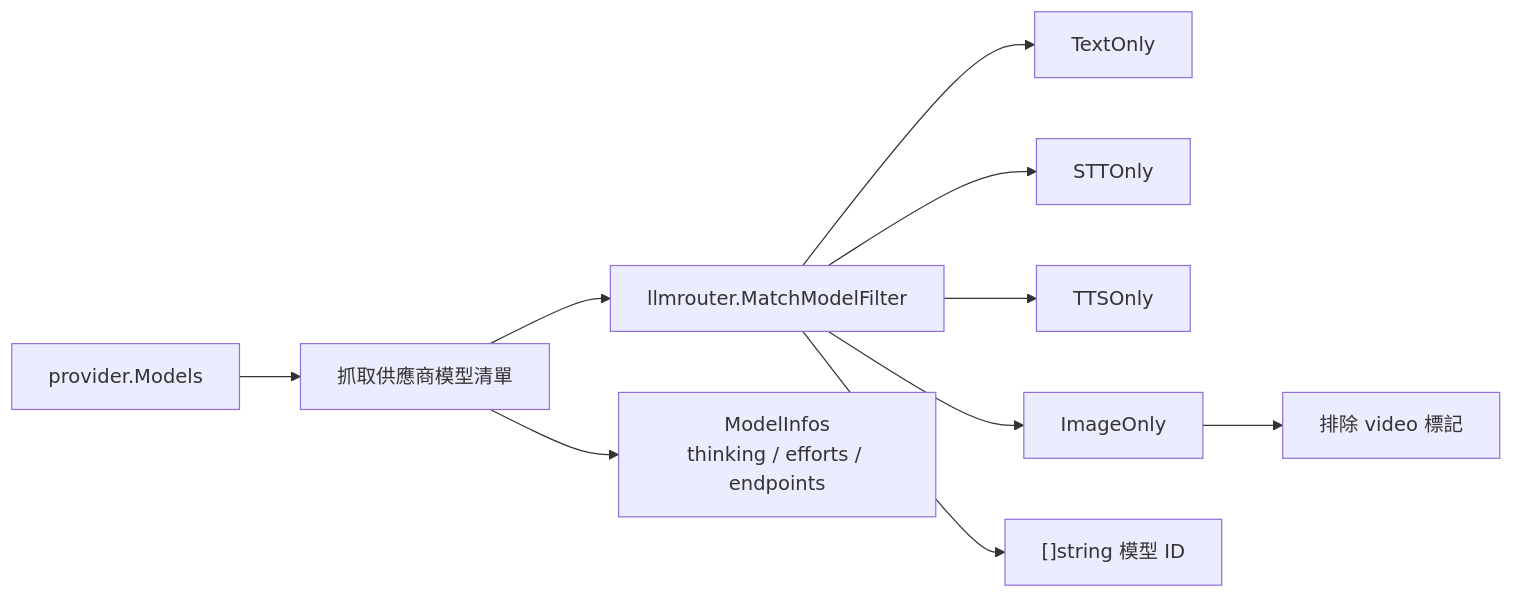
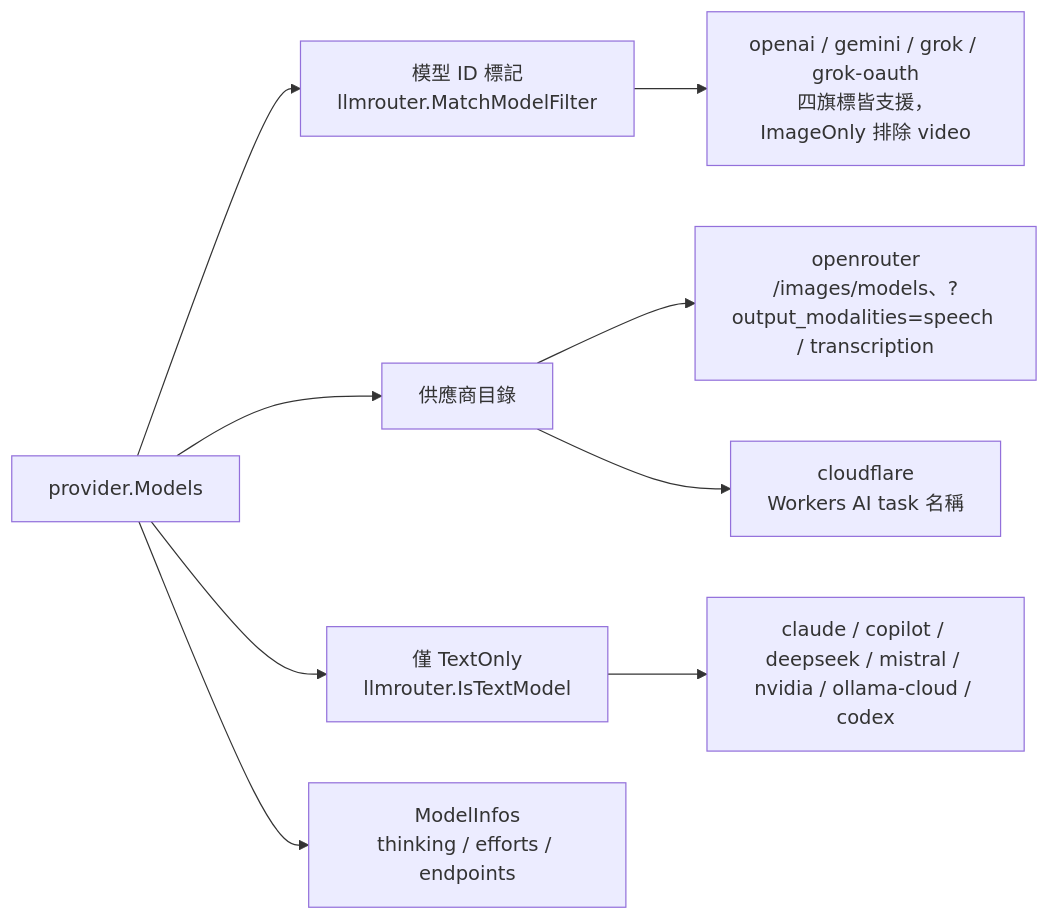
One commit to pardnchiu/go-llm-router changed the eighth of 11 diagrams in doc/architecture.zh.md. Above: the diagram before and after it, drawn with Mermaid. The commit also changed other lines of this file and 5 other files, not shown here.

Commit message:
doc: Document OpenRouter media support and per-provider model filters

````diff
--- a/doc/architecture.zh.md
+++ b/doc/architecture.zh.md
@@ -180,12 +183,11 @@
 ```mermaid
 graph LR
-    Models[provider.Models] --> Fetch[抓取供應商模型清單]
-    Fetch --> Match[llmrouter.MatchModelFilter]
-    Match --> TextOnly[TextOnly]
-    Match --> STTOnly[STTOnly]
-    Match --> TTSOnly[TTSOnly]
-    Match --> ImageOnly[ImageOnly]
-    ImageOnly --> NoVideo[排除 video 標記]
-    Match --> IDs["[]string 模型 ID"]
-    Fetch --> Infos[ModelInfos<br/>thinking / efforts / endpoints]
+    Models[provider.Models] --> Markers[模型 ID 標記<br/>llmrouter.MatchModelFilter]
+    Models --> Catalog[供應商目錄]
+    Models --> TextOnlyOnly[僅 TextOnly<br/>llmrouter.IsTextModel]
+    Markers --> MarkerProviders[openai / gemini / grok / grok-oauth<br/>四旗標皆支援，ImageOnly 排除 video]
+    Catalog --> OpenRouterCat[openrouter<br/>/images/models、?output_modalities=speech / transcription]
+    Catalog --> CloudflareCat[cloudflare<br/>Workers AI task 名稱]
+    TextOnlyOnly --> TextProviders[claude / copilot / deepseek / mistral / nvidia / ollama-cloud / codex]
+    Models --> Infos[ModelInfos<br/>thinking / efforts / endpoints]
 ```
````
